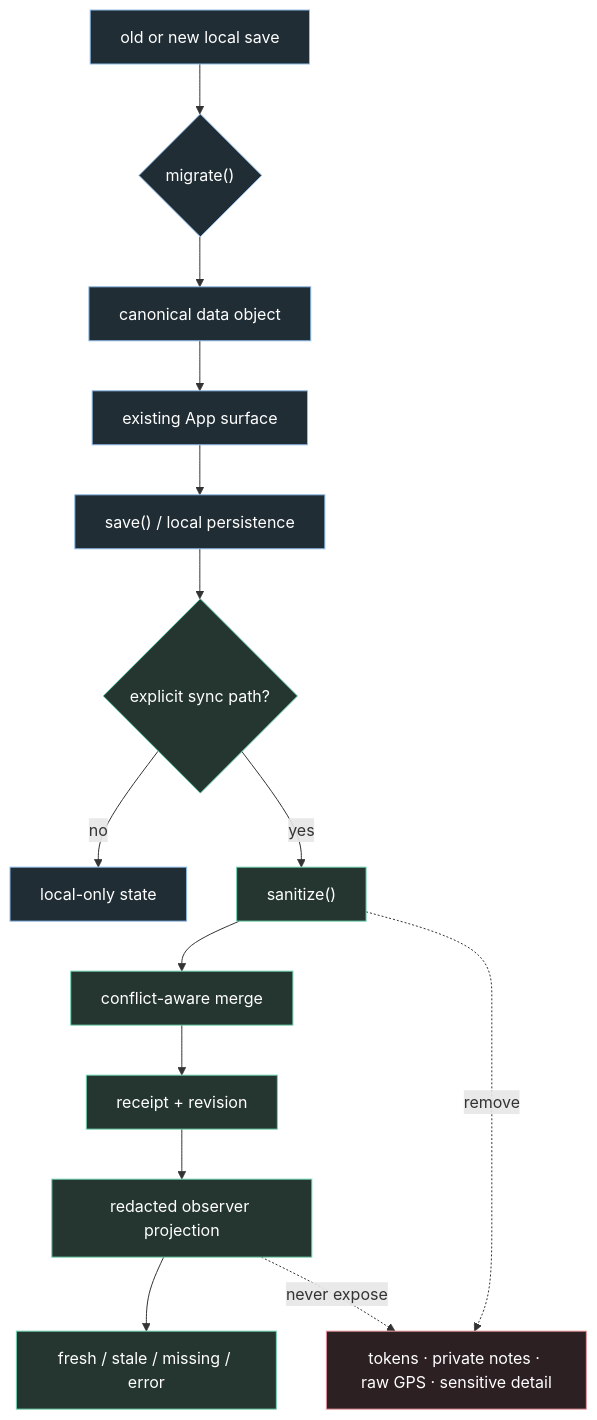
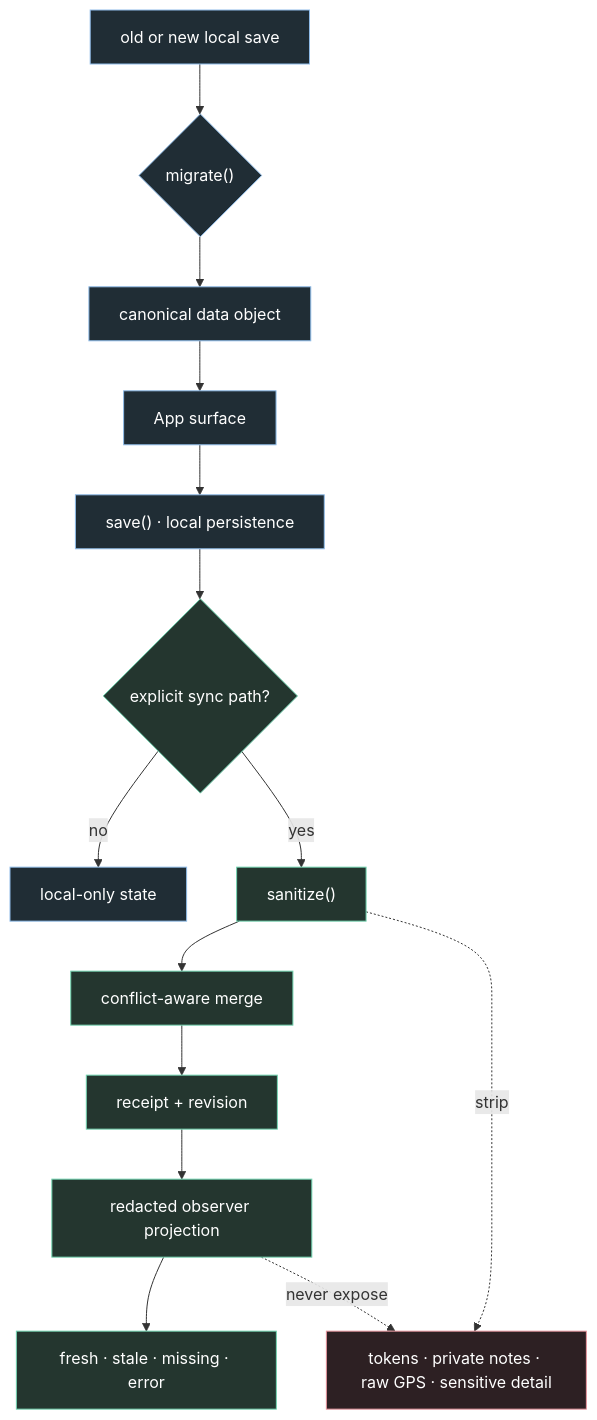
Before and after one commit to mustafaras/s: the second of 7 diagrams in README.md, drawn with Mermaid. The commit also changed other lines of this file and 6 other files, not shown here.

````diff
--- a/README.md
+++ b/README.md
@@ -501,24 +264,24 @@
 ```mermaid
 flowchart TD
     A["old or new local save"] --> B{"migrate()"}
     B --> C["canonical data object"]
-    C --> D["existing App surface"]
-    D --> E["save() / local persistence"]
+    C --> D["App surface"]
+    D --> E["save() · local persistence"]
     E --> F{"explicit sync path?"}
     F -- "no" --> L["local-only state"]
     F -- "yes" --> G["sanitize()"]
     G --> H["conflict-aware merge"]
     H --> I["receipt + revision"]
     I --> J["redacted observer projection"]
-    J --> K["fresh / stale / missing / error"]
+    J --> K["fresh · stale · missing · error"]
 
-    G -. "remove" .-> X["tokens · private notes · raw GPS · sensitive detail"]
+    G -. "strip" .-> X["tokens · private notes · raw GPS · sensitive detail"]
     J -. "never expose" .-> X
 
     classDef state fill:#202d35,stroke:#8fbce9,color:#fff;
     classDef safe fill:#24362f,stroke:#73d6b2,color:#fff;
     classDef forbidden fill:#2d2023,stroke:#e8959e,color:#fff;
     class A,B,C,D,E,L state;
     class F,G,H,I,J,K safe;
     class X forbidden;
 ```
````
